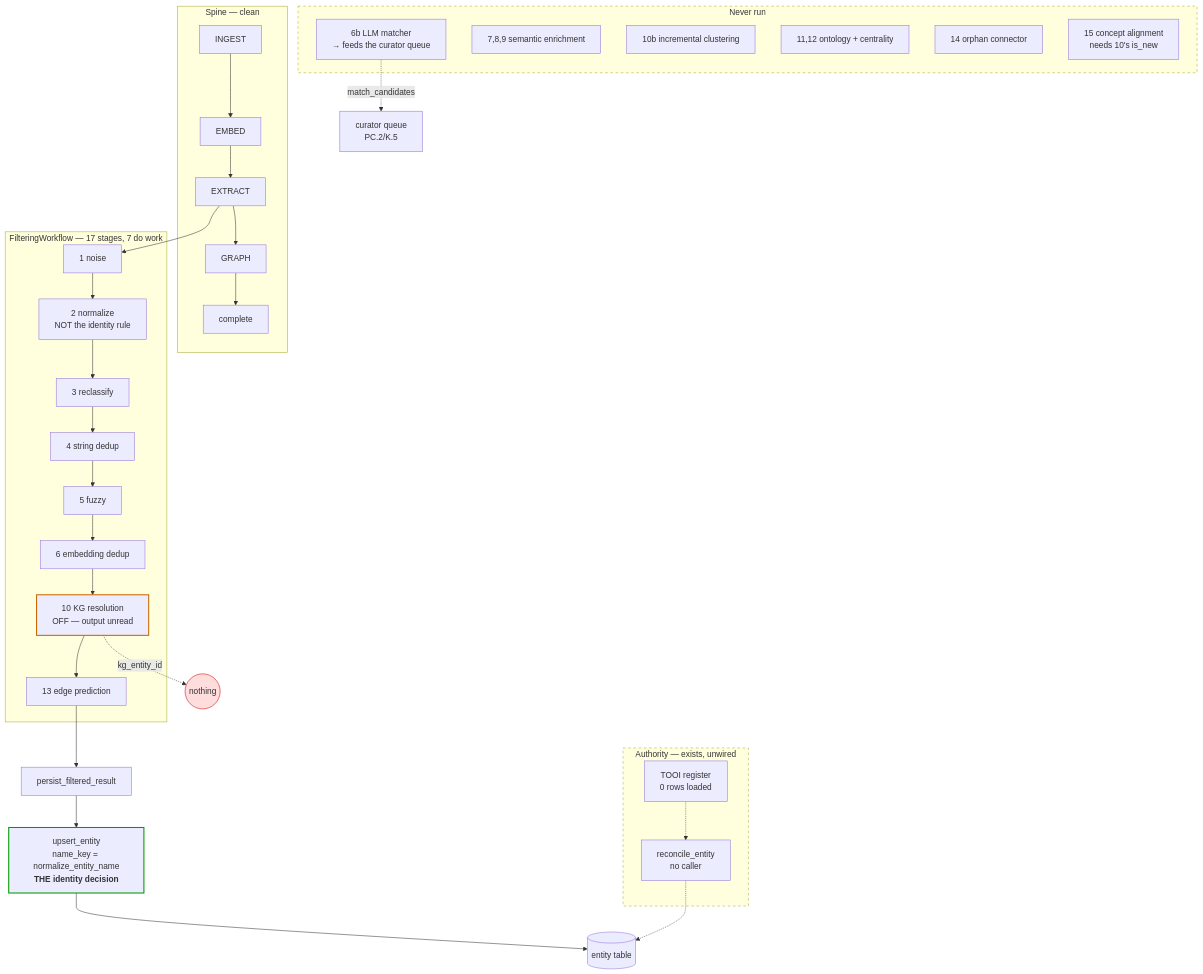
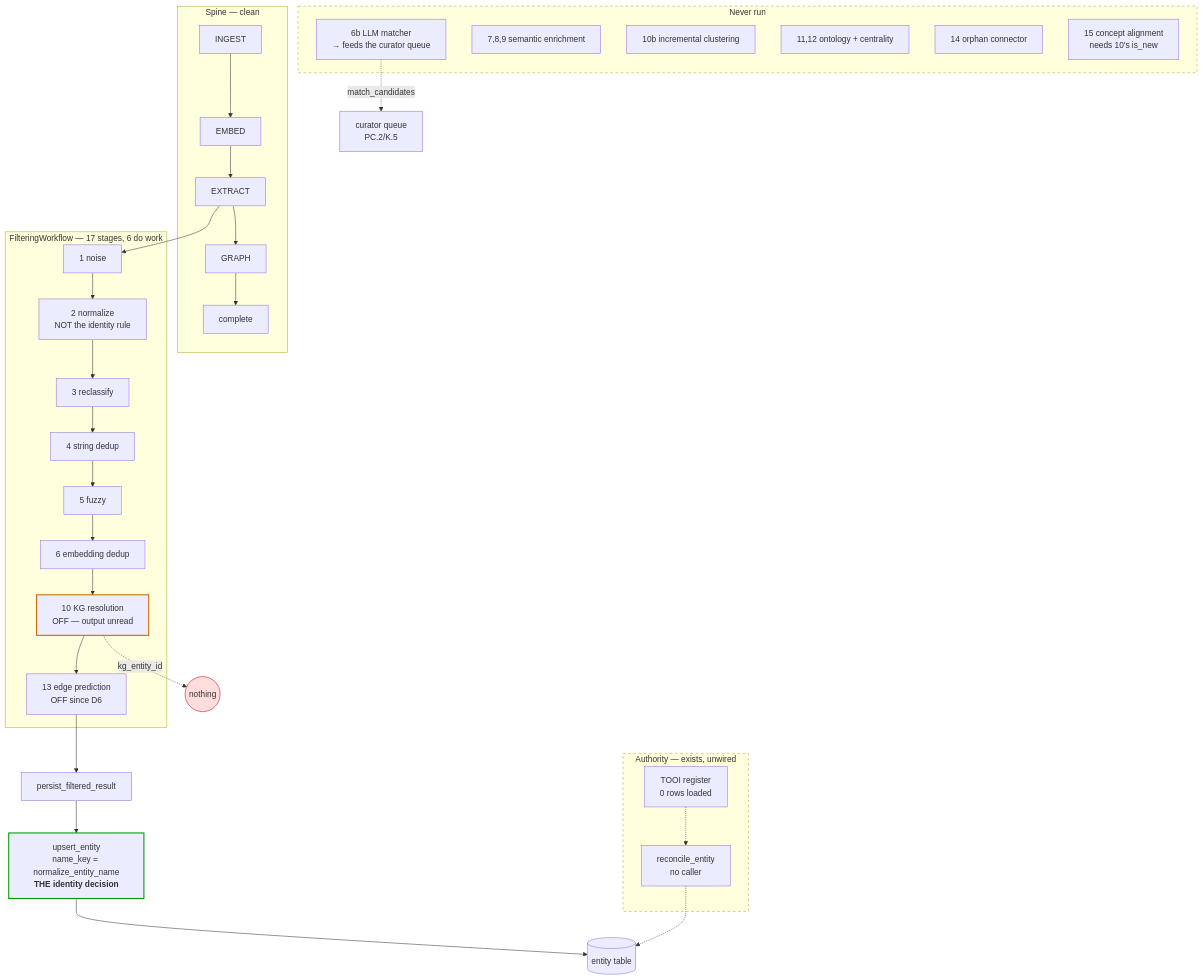
Before and after one commit to GdeJoode/open-notebook: the third of 3 diagrams in docs/tracks/PC-pipeline-coherence/pipeline-wiring.md, drawn with Mermaid. The commit also changed other lines of this file and 5 other files, not shown here.

First line of the commit message:
fix(D6): edge prediction off on every path the app builds, and a guard that says why

````diff
--- a/docs/tracks/PC-pipeline-coherence/pipeline-wiring.md
+++ b/docs/tracks/PC-pipeline-coherence/pipeline-wiring.md
@@ -171,42 +172,42 @@
 ```mermaid
 flowchart TB
   subgraph SPINE["Spine — clean"]
     ING[INGEST] --> EMB[EMBED] --> EXT[EXTRACT] --> GRA[GRAPH] --> CMP[complete]
   end
 
-  subgraph FILTER["FilteringWorkflow — 17 stages, 7 do work"]
+  subgraph FILTER["FilteringWorkflow — 17 stages, 6 do work"]
     S1[1 noise] --> S2[2 normalize<br/>NOT the identity rule] --> S3[3 reclassify] --> S4[4 string dedup]
     S4 --> S5[5 fuzzy] --> S6[6 embedding dedup]
     S6 --> S10[10 KG resolution<br/>OFF — output unread]
-    S10 --> S13[13 edge prediction]
+    S10 --> S13[13 edge prediction<br/>OFF since D6]
   end
 
   subgraph DORMANT["Never run"]
     D1[6b LLM matcher<br/>→ feeds the curator queue]
     D2[7,8,9 semantic enrichment]
     D3[10b incremental clustering]
     D4[11,12 ontology + centrality]
     D5[14 orphan connector]
     D6[15 concept alignment<br/>needs 10's is_new]
   end
 
   subgraph AUTH["Authority — exists, unwired"]
     T[TOOI register<br/>0 rows loaded]
     R[reconcile_entity<br/>no caller]
     T -.-> R
   end
 
   EXT --> S1
   S13 --> P[persist_filtered_result]
   P --> UP["upsert_entity<br/>name_key = normalize_entity_name<br/><b>THE identity decision</b>"]
   UP --> KG[(entity table)]
   S10 -. kg_entity_id .-> X((nothing))
   D1 -. match_candidates .-> Q[curator queue<br/>PC.2/K.5]
   R -.-> KG
 
   style X fill:#fdd,stroke:#c00
   style S10 stroke:#c60,stroke-width:2px
   style UP stroke:#090,stroke-width:2px
   style DORMANT stroke-dasharray: 5 5
   style AUTH stroke-dasharray: 5 5
 ```
````
